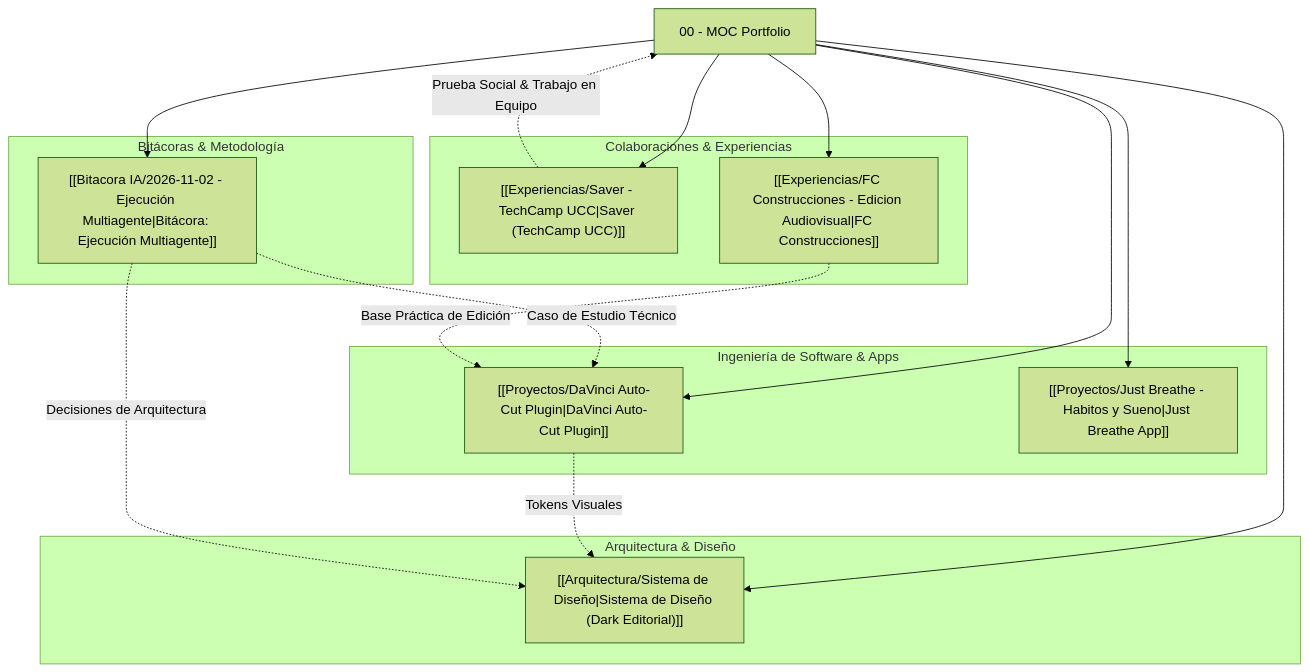
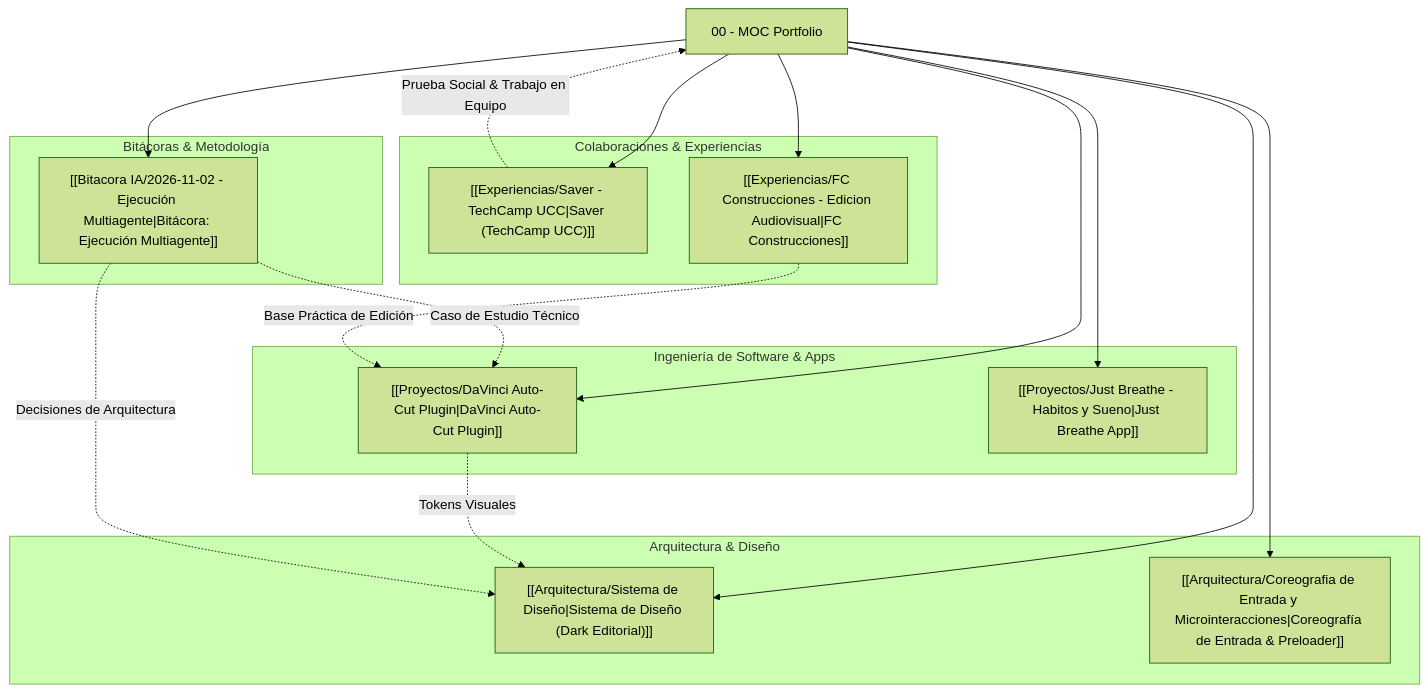
Before and after one commit to Spukerrs/portfolio: the diagram in docs/vault/00 - MOC Portfolio.md, drawn with Mermaid (forest theme). The commit also changed other lines of this file and 6 other files, not shown here.

````diff
--- a/docs/vault/00 - MOC Portfolio.md
+++ b/docs/vault/00 - MOC Portfolio.md
@@ -30,35 +30,37 @@
 ```mermaid
 graph TD
     MOC["00 - MOC Portfolio"]
     
     subgraph Arquitectura ["Arquitectura & Diseño"]
         DIS["[[Arquitectura/Sistema de Diseño|Sistema de Diseño (Dark Editorial)]]"]
+        ANI["[[Arquitectura/Coreografia de Entrada y Microinteracciones|Coreografía de Entrada & Preloader]]"]
     end
     
     subgraph Proyectos ["Ingeniería de Software & Apps"]
         DVC["[[Proyectos/DaVinci Auto-Cut Plugin|DaVinci Auto-Cut Plugin]]"]
         JBR["[[Proyectos/Just Breathe - Habitos y Sueno|Just Breathe App]]"]
     end
     
     subgraph Academico ["Bitácoras & Metodología"]
         BIT["[[Bitacora IA/2026-11-02 - Ejecución Multiagente|Bitácora: Ejecución Multiagente]]"]
     end
     
     subgraph Experiencia ["Colaboraciones & Experiencias"]
         SAV["[[Experiencias/Saver - TechCamp UCC|Saver (TechCamp UCC)]]"]
         FCC["[[Experiencias/FC Construcciones - Edicion Audiovisual|FC Construcciones]]"]
     end
     
     MOC --> DIS
+    MOC --> ANI
     MOC --> DVC
     MOC --> JBR
     MOC --> BIT
     MOC --> SAV
     MOC --> FCC
     
     DVC -.->|Tokens Visuales| DIS
     BIT -.->|Decisiones de Arquitectura| DIS
     BIT -.->|Caso de Estudio Técnico| DVC
     SAV -.->|Prueba Social & Trabajo en Equipo| MOC
     FCC -.->|Base Práctica de Edición| DVC
 ```
````
